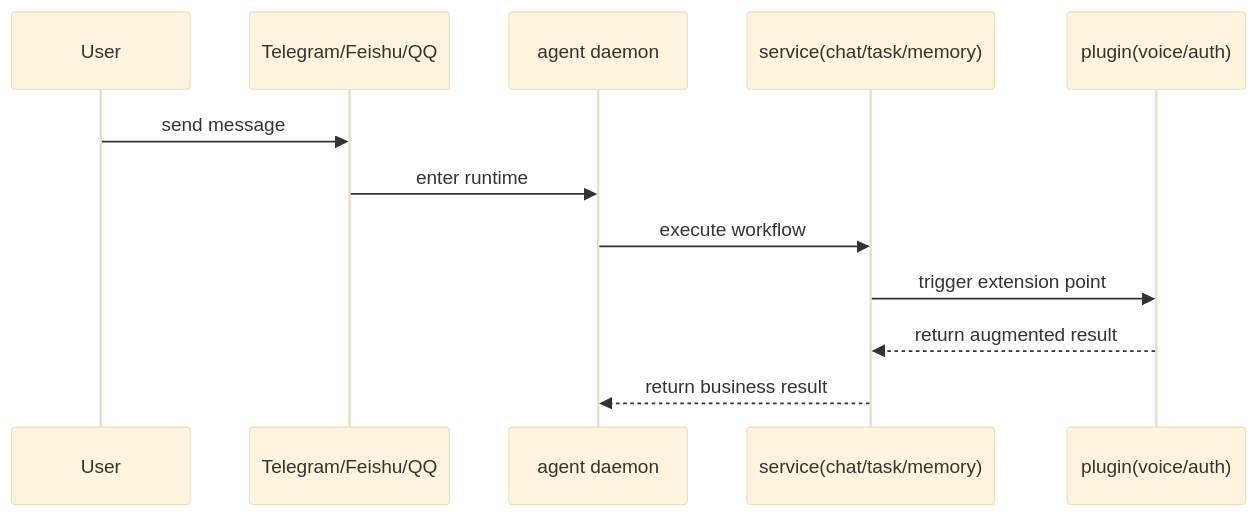
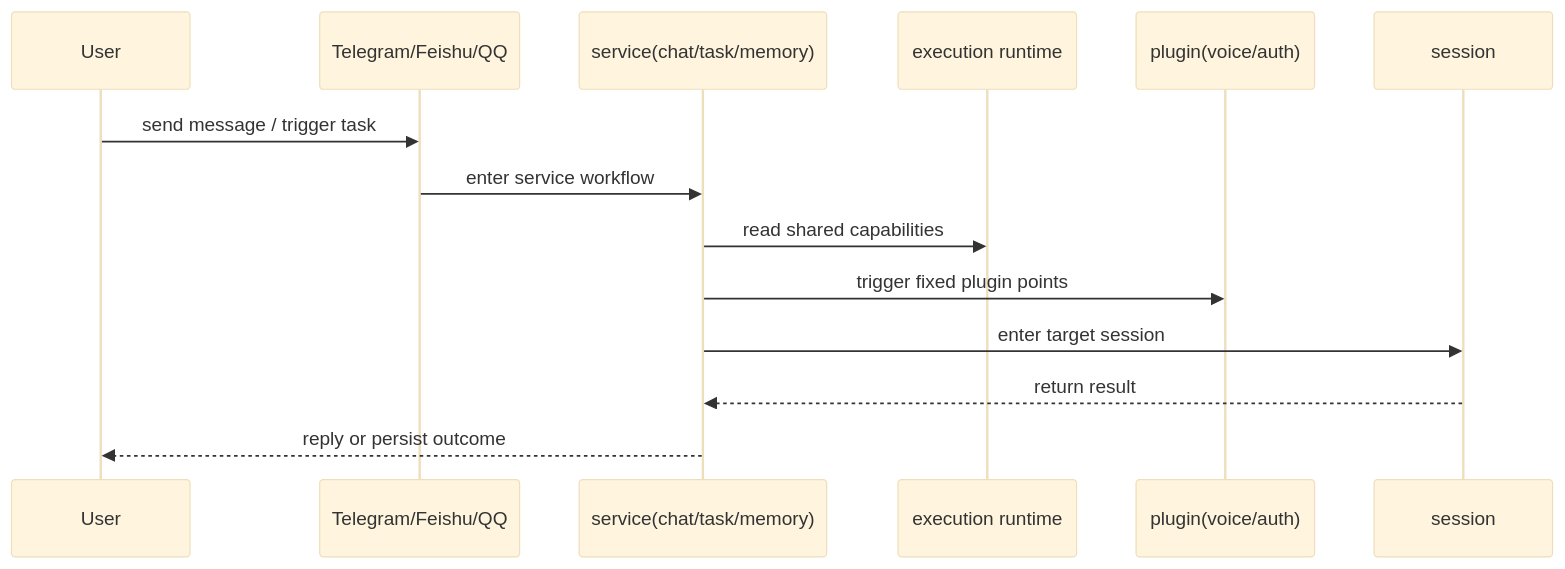
One commit to wangenius/downcity changed the second of 2 diagrams in homepage/content/docs/en/concepts/logic-map.mdx. Above: the diagram before and after it, drawn with Mermaid (base theme). The commit also changed other lines of this file and 410 other files, not shown here.

````diff
--- a/homepage/content/docs/en/concepts/logic-map.mdx
+++ b/homepage/content/docs/en/concepts/logic-map.mdx
@@ -41,15 +46,17 @@
 ```mermaid
 sequenceDiagram
   participant User as User
   participant Channel as Telegram/Feishu/QQ
-  participant Agent as agent daemon
   participant Service as service(chat/task/memory)
+  participant Runtime as execution runtime
   participant Plugin as plugin(voice/auth)
+  participant Session as session
 
-  User->>Channel: send message
-  Channel->>Agent: enter runtime
-  Agent->>Service: execute workflow
-  Service->>Plugin: trigger extension point
-  Plugin-->>Service: return augmented result
-  Service-->>Agent: return business result
+  User->>Channel: send message / trigger task
+  Channel->>Service: enter service workflow
+  Service->>Runtime: read shared capabilities
+  Service->>Plugin: trigger fixed plugin points
+  Service->>Session: enter target session
+  Session-->>Service: return result
+  Service-->>User: reply or persist outcome
 ```
````
